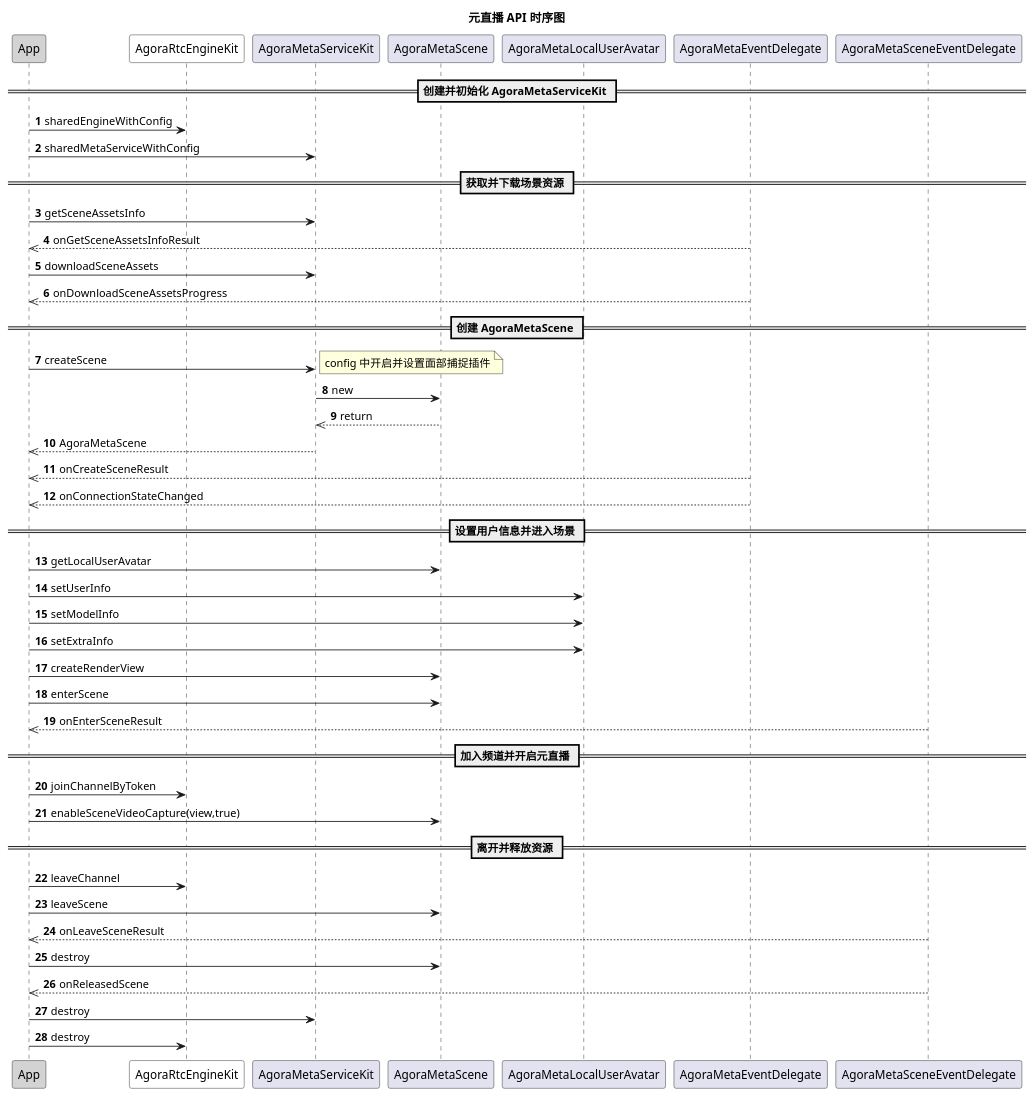
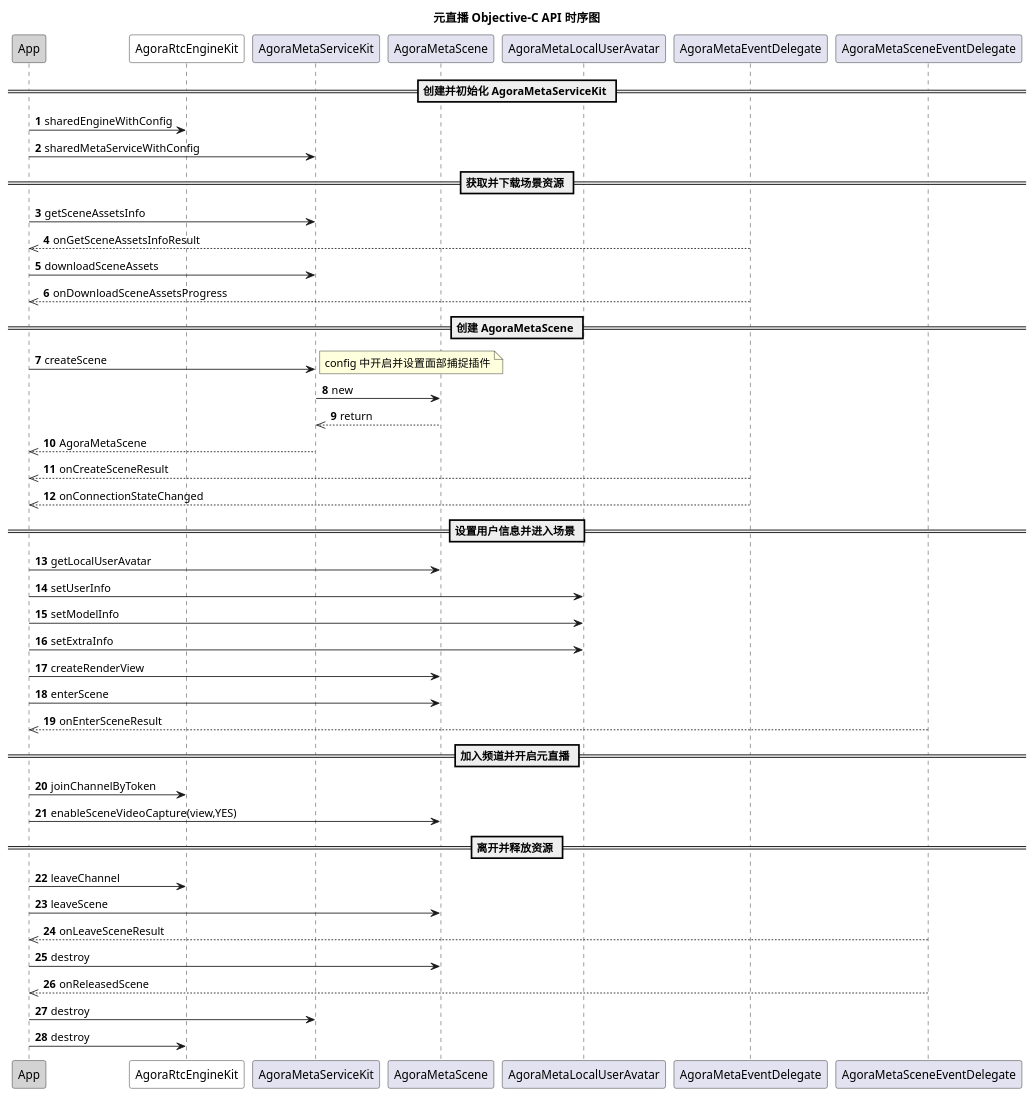
One commit to AgoraIO/agora_doc_source changed the diagram in markdown/metaworld/pic/ios_ml_api.wsd. Above: the diagram before and after it, drawn with PlantUML. The commit also changed 1 other file, not shown here.

Commit message:
[metaworld] update ios sequence

```diff
--- a/markdown/metaworld/pic/ios_ml_api.wsd
+++ b/markdown/metaworld/pic/ios_ml_api.wsd
@@ -1,48 +1,48 @@
 @startuml
 autonumber
-title 元直播 API 时序图
+title 元直播 Objective-C API 时序图
 participant "App" as app #LightGrey
 participant "AgoraRtcEngineKit" as rtc #White
 participant "AgoraMetaServiceKit" as service
 participant "AgoraMetaScene" as scene
 participant "AgoraMetaLocalUserAvatar" as avatar
 participant "AgoraMetaEventDelegate" as serviceevent
 participant "AgoraMetaSceneEventDelegate" as sceneevent
 == 创建并初始化 AgoraMetaServiceKit ==
 app -> rtc: sharedEngineWithConfig
 app -> service: sharedMetaServiceWithConfig
 == 获取并下载场景资源 ==
 app -> service: getSceneAssetsInfo
 serviceevent -->> app: onGetSceneAssetsInfoResult
 app -> service: downloadSceneAssets
 serviceevent -->> app: onDownloadSceneAssetsProgress
 == 创建 AgoraMetaScene ==
 app -> service: createScene
 note right
 config 中开启并设置面部捕捉插件
 end note
 service -> scene: new
 scene -->> service: return
 service -->> app: AgoraMetaScene
 serviceevent -->> app: onCreateSceneResult
 serviceevent -->> app: onConnectionStateChanged
 == 设置用户信息并进入场景 ==
 app -> scene: getLocalUserAvatar
 app -> avatar: setUserInfo
 app -> avatar: setModelInfo
 app -> avatar: setExtraInfo
 app -> scene: createRenderView
 app -> scene: enterScene
 sceneevent -->> app: onEnterSceneResult
 == 加入频道并开启元直播 ==
 app -> rtc: joinChannelByToken
-app -> scene: enableSceneVideoCapture(view,true)
+app -> scene: enableSceneVideoCapture(view,YES)
 == 离开并释放资源 ==
 app -> rtc: leaveChannel
 app -> scene: leaveScene
 sceneevent -->> app: onLeaveSceneResult
 app -> scene: destroy
 sceneevent -->> app: onReleasedScene
 app -> service: destroy
 app -> rtc: destroy
 @enduml
```
